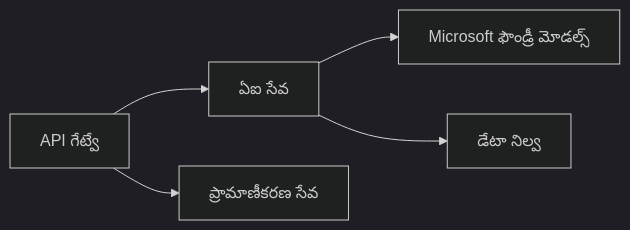
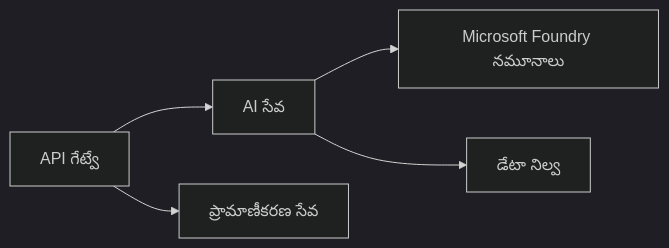
The first of 2 diagrams in translations/te/docs/chapter-08-production/README.md (microsoft/AZD-for-beginners), drawn with Mermaid (dark theme) before and after one commit. The commit also changed other lines of this file and 104 other files, not shown here.

````diff
--- a/translations/te/docs/chapter-08-production/README.md
+++ b/translations/te/docs/chapter-08-production/README.md
@@ -48,6 +48,6 @@
 ```mermaid
 graph LR
-    Gateway[API గేట్వే] --> AI[ఏఐ సేవ] --> Models[Microsoft ఫౌండ్రీ మోడల్స్]
+    Gateway[API గేట్వే] --> AI[AI సేవ] --> Models[Microsoft Foundry నమూనాలు]
     Gateway --> Auth[ప్రామాణీకరణ సేవ]
     AI --> Data[డేటా నిల్వ]
 ```
````
